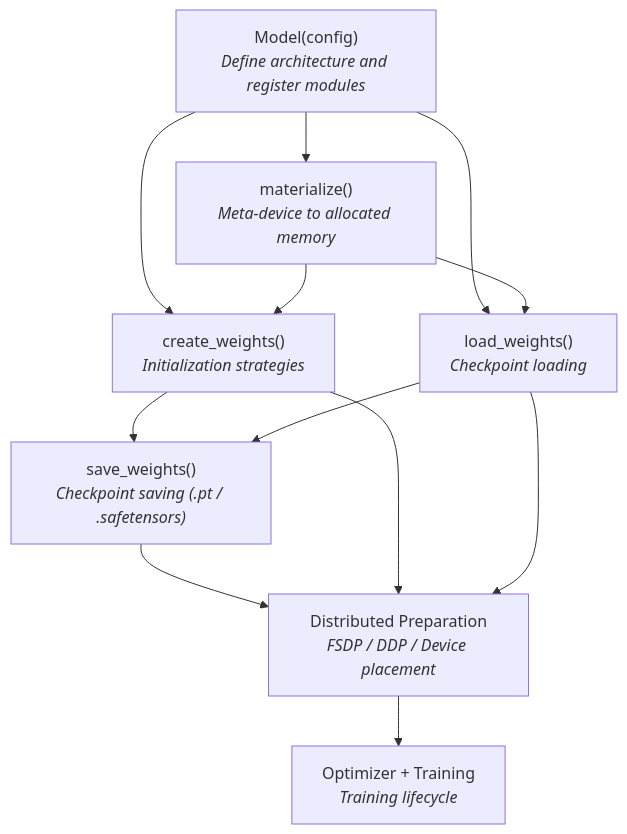
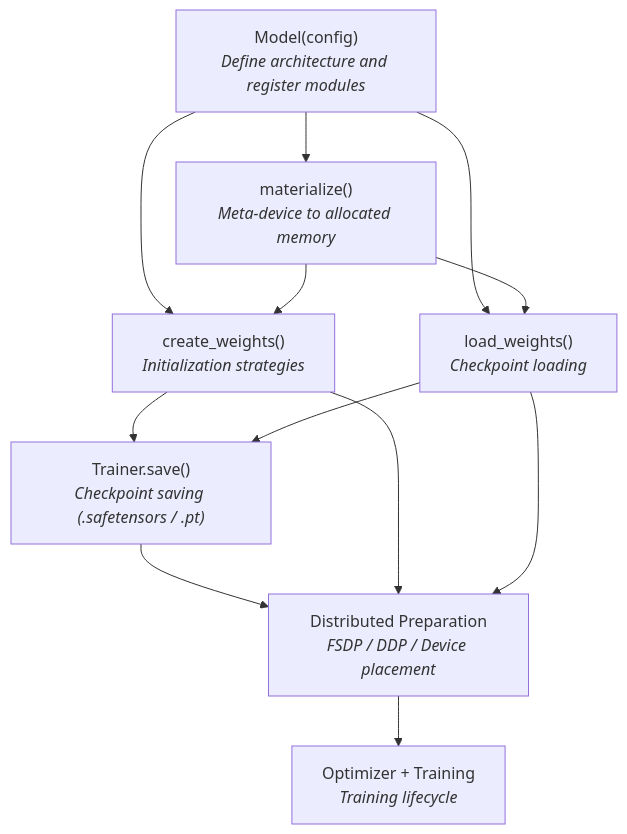
The second of 2 diagrams in docs/fundamentals/architecture-overview.md (Gurumurthy30/Stackformer), drawn with Mermaid before and after one commit. The commit also changed other lines of this file and 12 other files, not shown here.

Commit message:
refactor!: single save path via Trainer; standalone load_weights

````diff
--- a/docs/fundamentals/architecture-overview.md
+++ b/docs/fundamentals/architecture-overview.md
@@ -108,22 +108,22 @@
 ```mermaid
 graph TD
     M["Model(config)<br><i>Define architecture and register modules</i>"]
     CW["create_weights()<br><i>Initialization strategies</i>"]
     LW["load_weights()<br><i>Checkpoint loading</i>"]
-    SW["save_weights()<br><i>Checkpoint saving (.pt / .safetensors)</i>"]
+    TR["Trainer.save()<br><i>Checkpoint saving (.safetensors / .pt)</i>"]
     MAT["materialize()<br><i>Meta-device to allocated memory</i>"]
     DP["Distributed Preparation<br><i>FSDP / DDP / Device placement</i>"]
     OPT["Optimizer + Training<br><i>Training lifecycle</i>"]
 
     M --> CW
     M --> LW
-    CW --> SW
-    LW --> SW
+    CW --> TR
+    LW --> TR
     M --> MAT
     MAT --> CW
     MAT --> LW
-    SW --> DP
+    TR --> DP
     CW --> DP
     LW --> DP
     DP --> OPT
 ```
````
